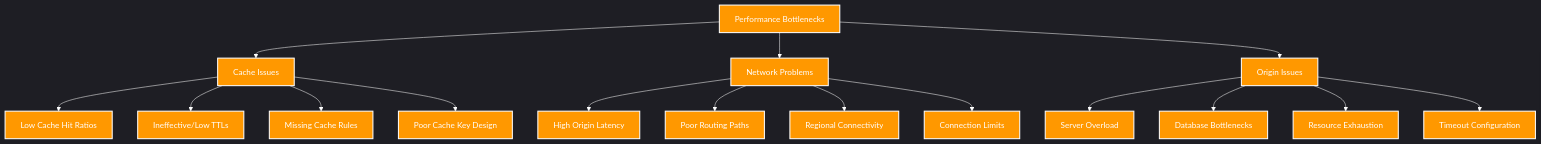
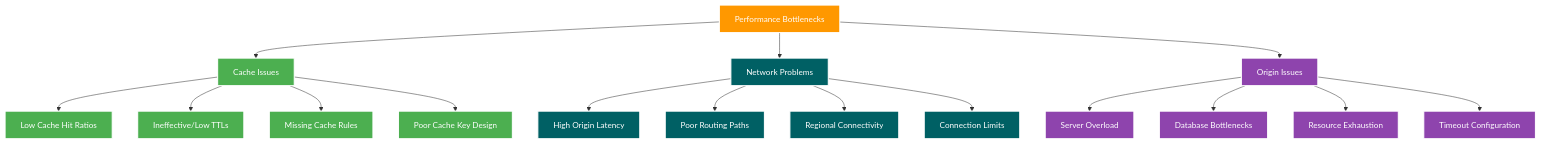
The third of 5 diagrams in cdn-analyser/slides/dist/cdn.qmd (erfianugrah/cloudflare_api_scripts), drawn with Mermaid before and after one commit. The commit also changed other lines of this file and 1 other file, not shown here.

````diff
--- a/cdn-analyser/slides/dist/cdn.qmd
+++ b/cdn-analyser/slides/dist/cdn.qmd
@@ -145,42 +151,54 @@
 ```{mermaid}
 %%{init: {
   'theme': 'dark',
   'themeVariables': {
-    'primaryColor': '#ff9800',
+    'primaryColor': '#ff9800',  /* Orange for main categories */
     'primaryTextColor': '#fff',
     'primaryBorderColor': '#fff',
-    'lineColor': '#fff',
-    'secondaryColor': '#006064',
-    'tertiaryColor': '#4caf50',
+    'lineColor': '#fff',        /* Ensure lines are white */
+    'secondaryColor': '#4caf50',   /* Green for Cache Issues */
+    'tertiaryColor': '#006064',    /* Blue for Network Problems */
+    'quaternaryColor': '#8e44ad',  /* Purple for Origin Issues */
     'mainBkg': '#2d3436',
-    'nodeBorder': '#ff9800',
+    'nodeBorder': '#fff',
     'clusterBkg': '#2d3436',
-    'clusterBorder': '#ff9800'
+    'clusterBorder': '#fff'
   }
 }}%%
-graph TD
-    Bottlenecks[Performance Bottlenecks]
-    Bottlenecks --> Cache[Cache Issues]
-    Bottlenecks --> Network[Network Problems]
-    Bottlenecks --> Origin[Origin Issues]
+graph TB
+    Performance[Performance Bottlenecks]
 
-    Cache --> HitRatio[Low Cache Hit Ratios]
+    %% First Level
+    Performance --> Cache[Cache Issues]
+    Performance --> Network[Network Problems]
+    Performance --> Origin[Origin Issues]
+
+    %% Cache Issues (Compact Layout)
+    Cache --> LowCache[Low Cache Hit Ratios]
     Cache --> TTL[Ineffective/Low TTLs]
     Cache --> Rules[Missing Cache Rules]
     Cache --> Design[Poor Cache Key Design]
 
+    %% Network Problems (Compact Layout)
     Network --> Latency[High Origin Latency]
     Network --> Routing[Poor Routing Paths]
     Network --> Connectivity[Regional Connectivity]
     Network --> Limits[Connection Limits]
 
+    %% Origin Issues (Compact Layout)
     Origin --> Overload[Server Overload]
     Origin --> Database[Database Bottlenecks]
     Origin --> Resources[Resource Exhaustion]
     Origin --> Timeouts[Timeout Configuration]
 
+    %% Class Definitions
     classDef orange fill:#ff9800,stroke:#fff,stroke-width:2px,color:#fff;
-    class Bottlenecks orange;
-    class Cache,Network,Origin orange;
-    class HitRatio,TTL,Rules,Design,Latency,Routing,Connectivity,Limits,Overload,Database,Resources,Timeouts orange;
+    classDef green fill:#4caf50,stroke:#fff,stroke-width:2px,color:#fff;
+    classDef blue fill:#006064,stroke:#fff,stroke-width:2px,color:#fff;
+    classDef purple fill:#8e44ad,stroke:#fff,stroke-width:2px,color:#fff;
+
+    class Performance orange;
+    class Cache,LowCache,TTL,Rules,Design green;
+    class Network,Latency,Routing,Connectivity,Limits blue;
+    class Origin,Overload,Database,Resources,Timeouts purple;
 ```
````
